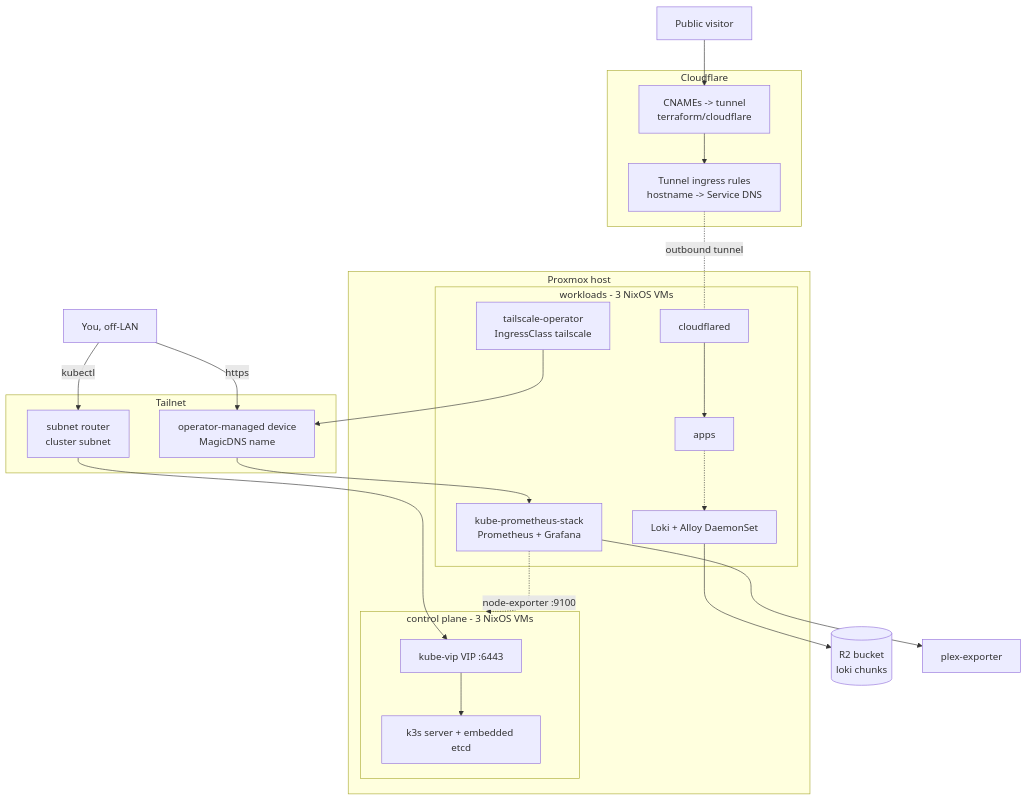
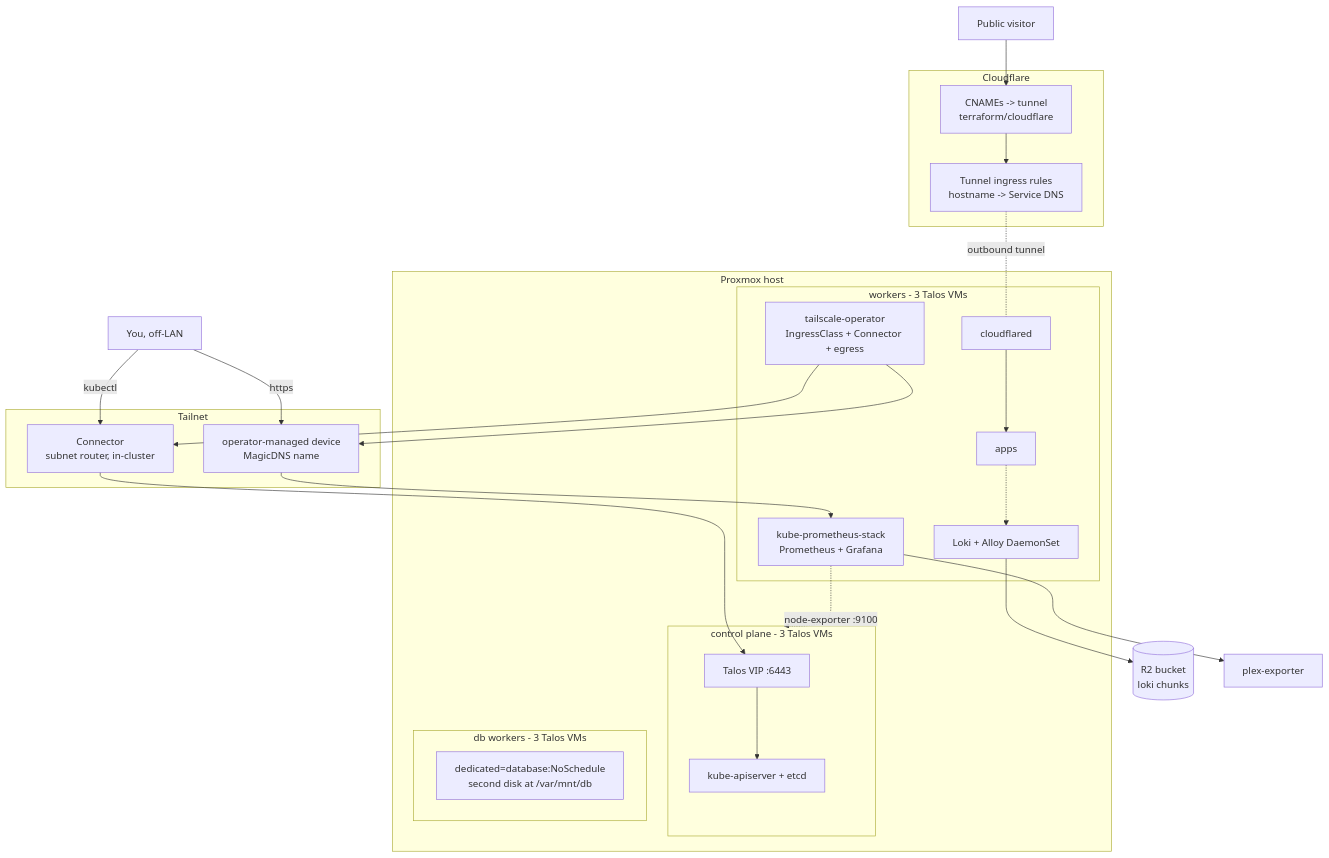
Before and after one commit to alexraskin/infrastructure: the second of 2 diagrams in README.md, drawn with Mermaid. The commit also changed other lines of this file and 55 other files, not shown here.

````diff
--- a/README.md
+++ b/README.md
@@ -85,45 +78,49 @@
 ```mermaid
 flowchart TB
     USER["Public visitor"]
     ADMIN["You, off-LAN"]
 
     subgraph cf["Cloudflare"]
         DNS["CNAMEs -> tunnel<br/>terraform/cloudflare"]
         TUN["Tunnel ingress rules<br/>hostname -> Service DNS"]
     end
 
     subgraph ts["Tailnet"]
-        SR["subnet router<br/>cluster subnet"]
+        SR["Connector<br/>subnet router, in-cluster"]
         TSD["operator-managed device<br/>MagicDNS name"]
     end
 
     subgraph pve["Proxmox host"]
-        subgraph cp["control plane - 3 NixOS VMs"]
-            VIP["kube-vip VIP :6443"]
-            ETCD["k3s server + embedded etcd"]
+        subgraph cp["control plane - 3 Talos VMs"]
+            VIP["Talos VIP :6443"]
+            ETCD["kube-apiserver + etcd"]
         end
-        subgraph ag["workloads - 3 NixOS VMs"]
+        subgraph ag["workers - 3 Talos VMs"]
             CFD["cloudflared"]
             APPS["apps"]
             MON["kube-prometheus-stack<br/>Prometheus + Grafana"]
             LOG["Loki + Alloy DaemonSet"]
-            TSO["tailscale-operator<br/>IngressClass tailscale"]
+            TSO["tailscale-operator<br/>IngressClass + Connector + egress"]
+        end
+        subgraph db["db workers - 3 Talos VMs"]
+            TAINT["dedicated=database:NoSchedule<br/>second disk at /var/mnt/db"]
         end
     end
 
     R2L[("R2 bucket<br/>loki chunks")]
     PLEX["plex-exporter"]
 
     USER --> DNS --> TUN
     TUN -. "outbound tunnel" .- CFD
     CFD --> APPS
 
     ADMIN -- kubectl --> SR --> VIP --> ETCD
     ADMIN -- https --> TSD --> MON
     TSO --> TSD
+    TSO --> SR
 
     APPS -.-> LOG
     LOG --> R2L
     MON --> PLEX
     MON -. "node-exporter :9100" .-> cp
 ```
````
